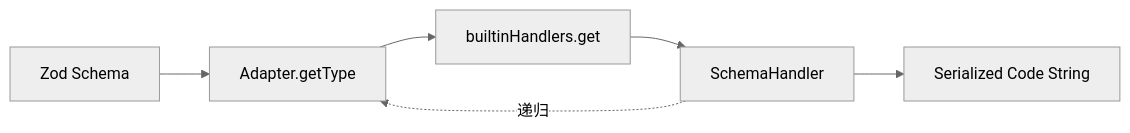
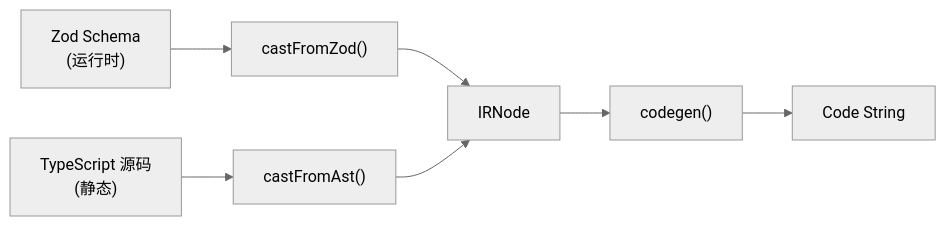
Before and after one commit to CornWorld/zod-codepen: the diagram in pkgs/core/CLAUDE.md, drawn with Mermaid (neutral theme). The commit also changed other lines of this file and 11 other files, not shown here.

First line of the commit message:
docs: sync all docs with IR architecture + playground UX fixes

````diff
--- a/pkgs/core/CLAUDE.md
+++ b/pkgs/core/CLAUDE.md
@@ -122,8 +150,9 @@
 ```mermaid
 graph LR
-    A[Zod Schema] --> B[Adapter.getType]
-    B --> C[builtinHandlers.get]
-    C --> D[SchemaHandler]
-    D --> E[Serialized Code String]
-    D -.递归.-> B
+    A["Zod Schema<br/>(运行时)"] --> B["castFromZod()"]
+    C["TypeScript 源码<br/>(静态)" ] --> D["castFromAst()"]
+    B --> E[IRNode]
+    D --> E
+    E --> F["codegen()"]
+    F --> G["Code String"]
 ```
````
